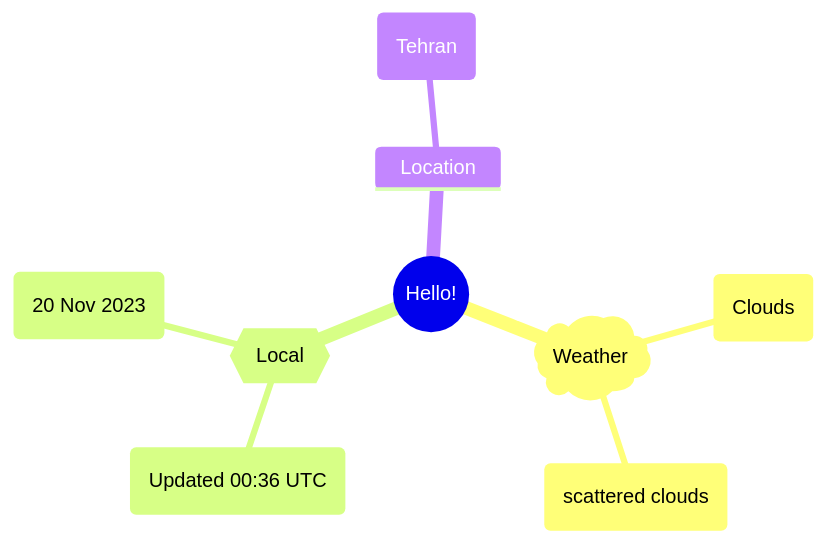
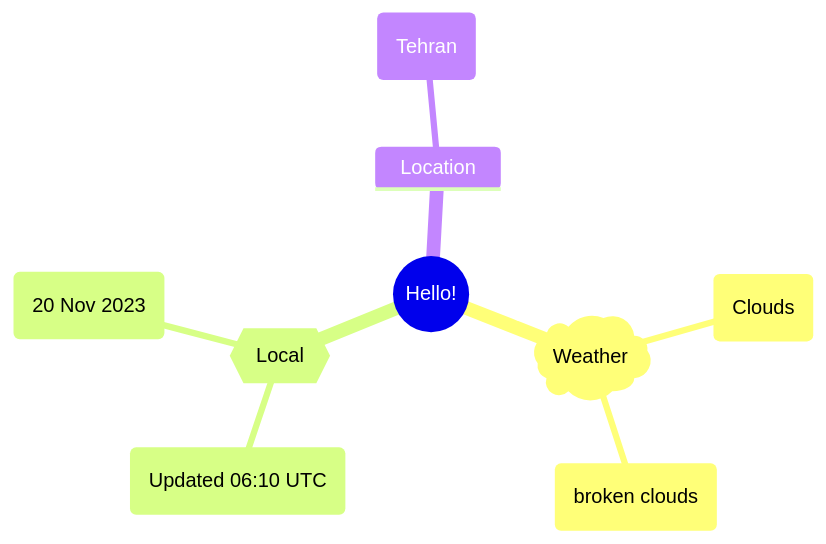
Before and after one commit to Xosrov/Xosrov: the first of 2 diagrams in README.md, drawn with Mermaid.

Commit message:
[bot] updated images

````diff
--- a/README.md
+++ b/README.md
@@ -3,12 +3,12 @@
 ```mermaid
 mindmap
   root((Hello!))
     )Weather(
         (Clouds)
-        (scattered clouds)
+        (broken clouds)
     {{Local}}
-        (Updated 00:36 UTC)
+        (Updated 06:10 UTC)
         (20 Nov 2023)
     Location
         (Tehran)
 ```
````
